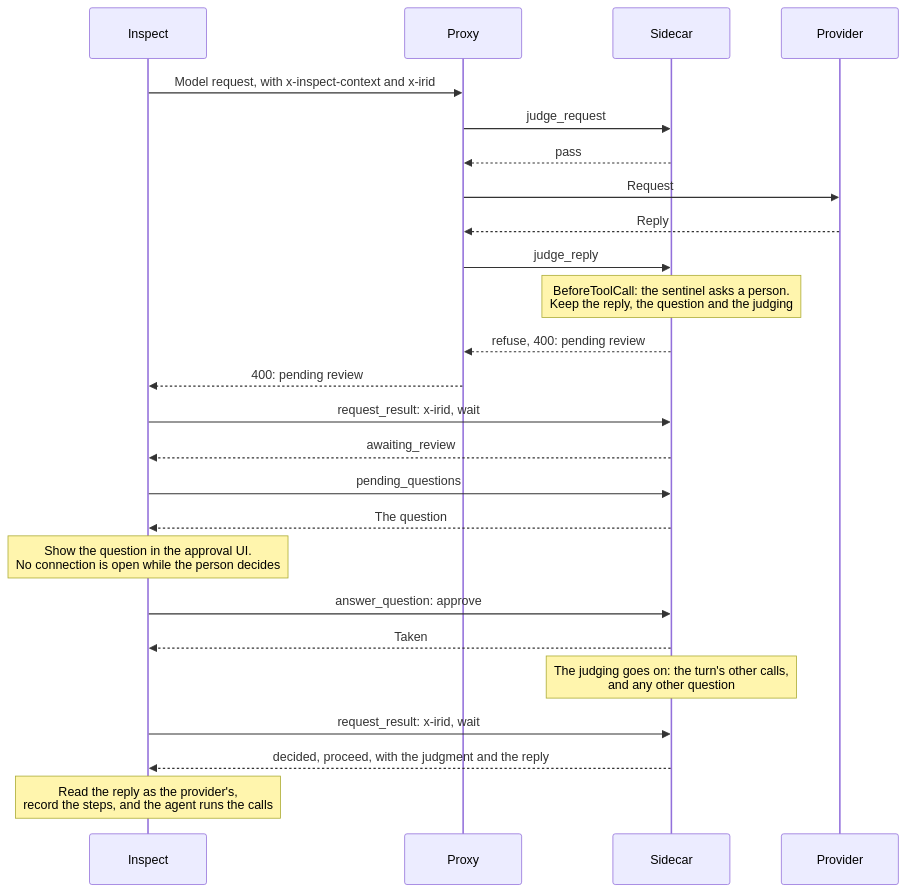
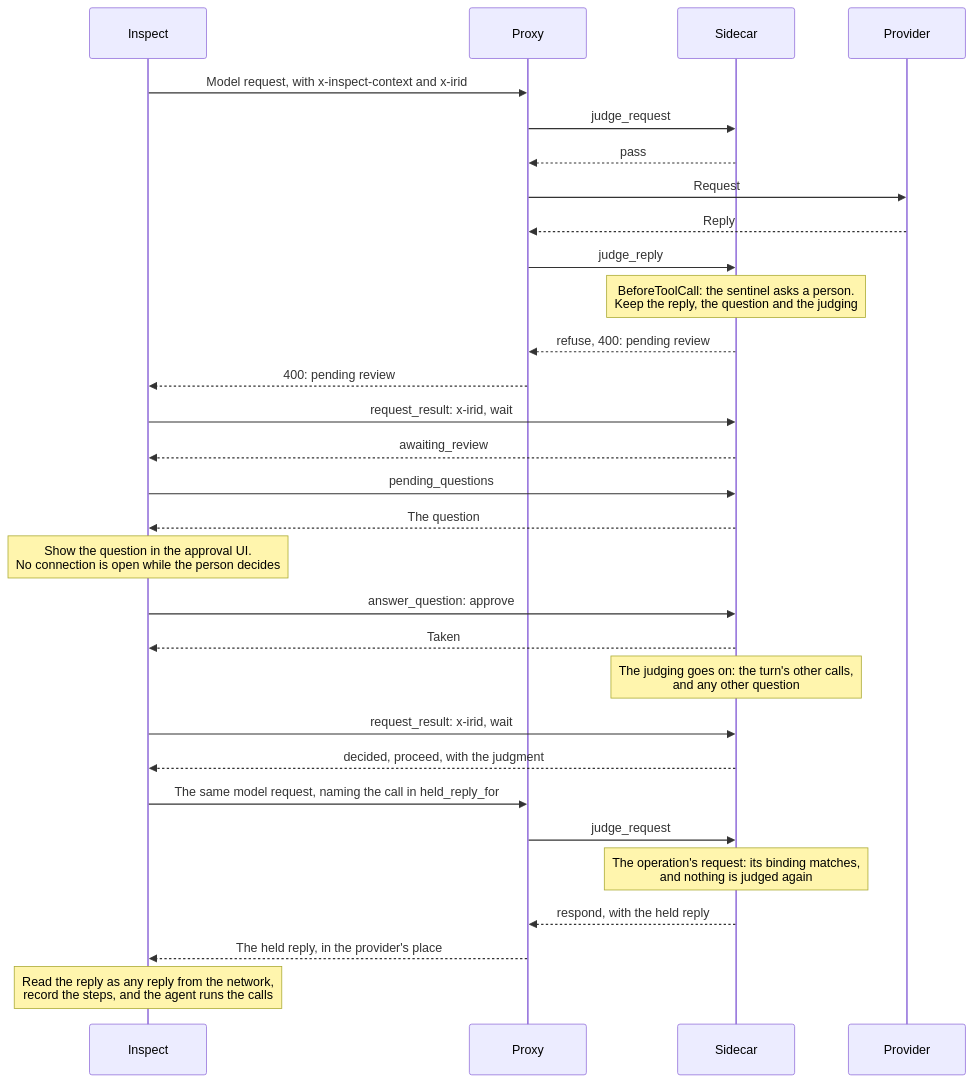
The second of 11 diagrams in design/sidecar.md (meridianlabs-ai/inspect_sentinel), drawn with Mermaid before and after one commit. The commit also changed other lines of this file and 11 other files, not shown here.

First line of the commit message:
feat(sidecar): hand back a held reply through the proxy

````diff
--- a/design/sidecar.md
+++ b/design/sidecar.md
@@ -1003,27 +1003,32 @@
 ```mermaid
 sequenceDiagram
     participant I as Inspect
     participant P as Proxy
     participant S as Sidecar
     participant M as Provider
     I->>P: Model request, with x-inspect-context and x-irid
     P->>S: judge_request
     S-->>P: pass
     P->>M: Request
     M-->>P: Reply
     P->>S: judge_reply
     Note over S: BeforeToolCall: the sentinel asks a person.<br/>Keep the reply, the question and the judging
     S-->>P: refuse, 400: pending review
     P-->>I: 400: pending review
     I->>S: request_result: x-irid, wait
     S-->>I: awaiting_review
     I->>S: pending_questions
     S-->>I: The question
     Note over I: Show the question in the approval UI.<br/>No connection is open while the person decides
     I->>S: answer_question: approve
     S-->>I: Taken
     Note over S: The judging goes on: the turn's other calls,<br/>and any other question
     I->>S: request_result: x-irid, wait
-    S-->>I: decided, proceed, with the judgment and the reply
-    Note over I: Read the reply as the provider's,<br/>record the steps, and the agent runs the calls
+    S-->>I: decided, proceed, with the judgment
+    I->>P: The same model request, naming the call in held_reply_for
+    P->>S: judge_request
+    Note over S: The operation's request: its binding matches,<br/>and nothing is judged again
+    S-->>P: respond, with the held reply
+    P-->>I: The held reply, in the provider's place
+    Note over I: Read the reply as any reply from the network,<br/>record the steps, and the agent runs the calls
 ```
````
